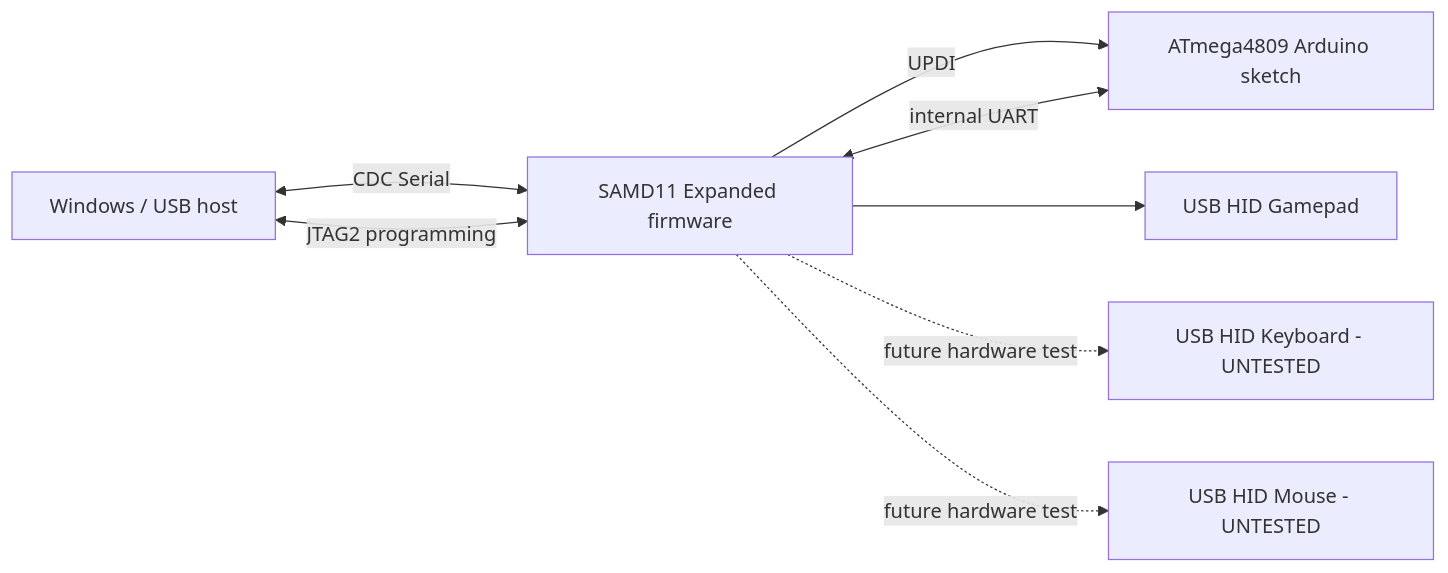
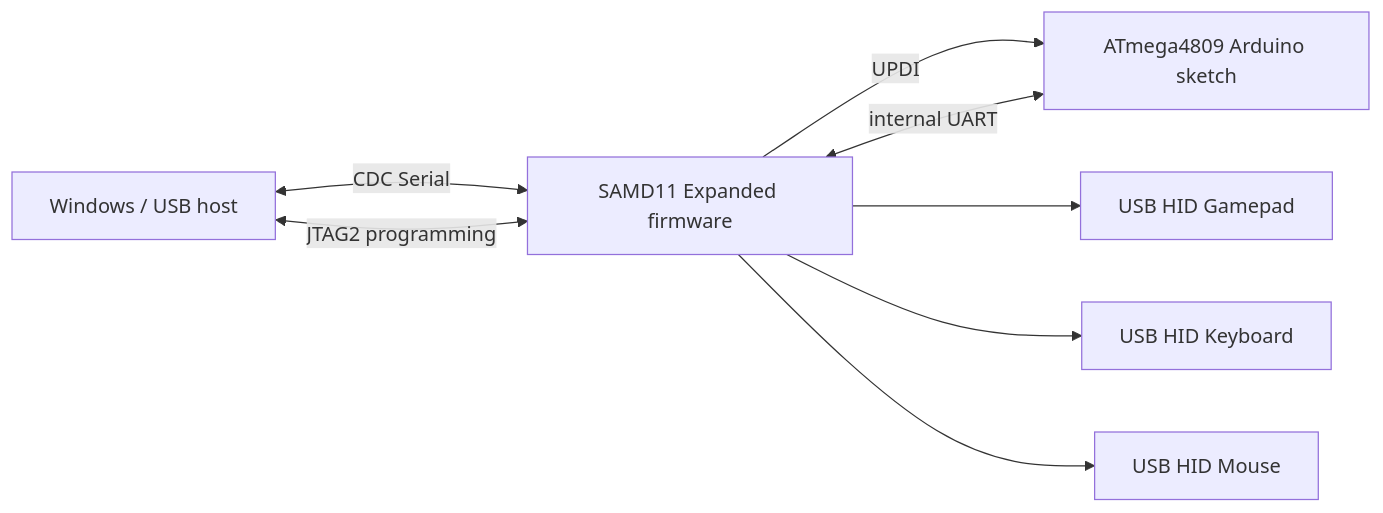
One commit to Xalbz/NanoEvery-Expanded-USB changed the diagram in README.md. Above: the diagram before and after it, drawn with Mermaid. The commit also changed other lines of this file, not shown here.

Commit message:
docs: update project status after full HID validation

````diff
--- a/README.md
+++ b/README.md
@@ -46,17 +50,17 @@
 ```mermaid
 flowchart LR
     PC[Windows / USB host]
     S[SAMD11 Expanded firmware]
     A[ATmega4809 Arduino sketch]
     G[USB HID Gamepad]
-    K[USB HID Keyboard - UNTESTED]
-    M[USB HID Mouse - UNTESTED]
+    K[USB HID Keyboard]
+    M[USB HID Mouse]
 
     PC <-- CDC Serial --> S
     PC <-- JTAG2 programming --> S
     S -- UPDI --> A
     A <-- internal UART --> S
     S --> G
-    S -. future hardware test .-> K
-    S -. future hardware test .-> M
+    S --> K
+    S --> M
 ```
````
